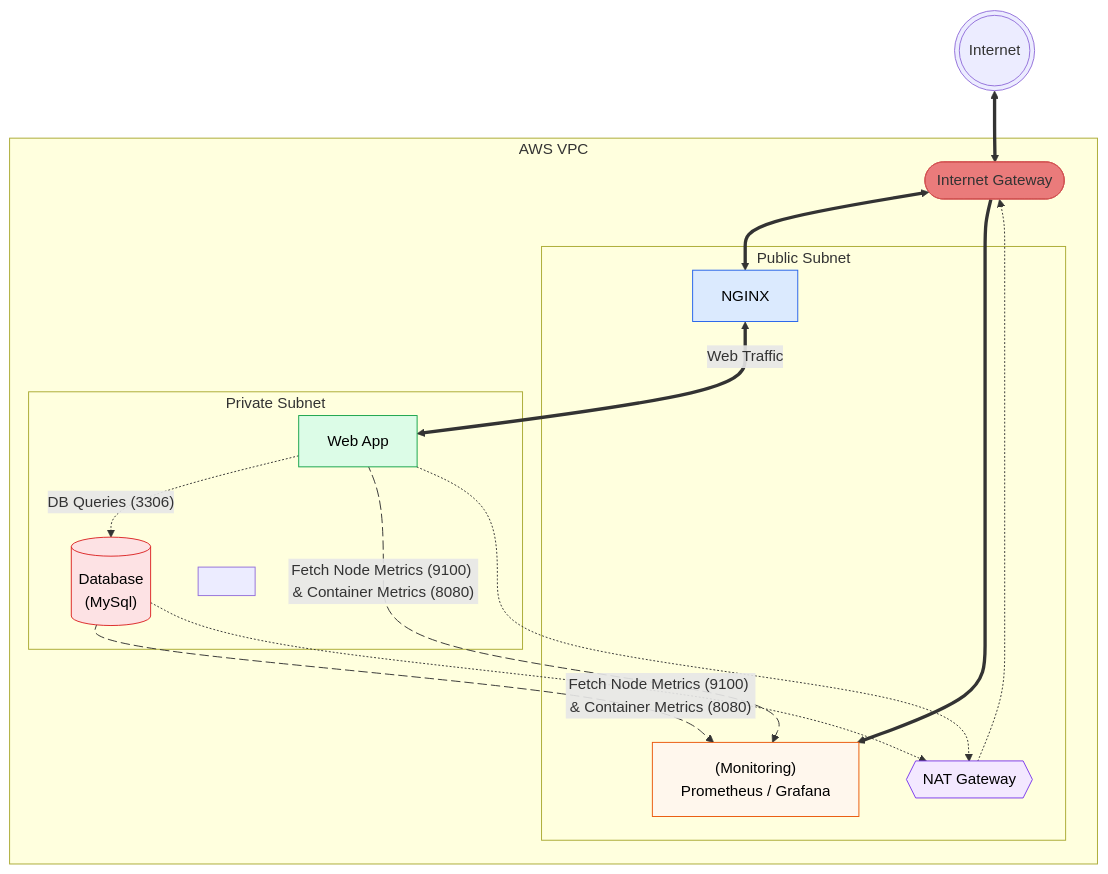
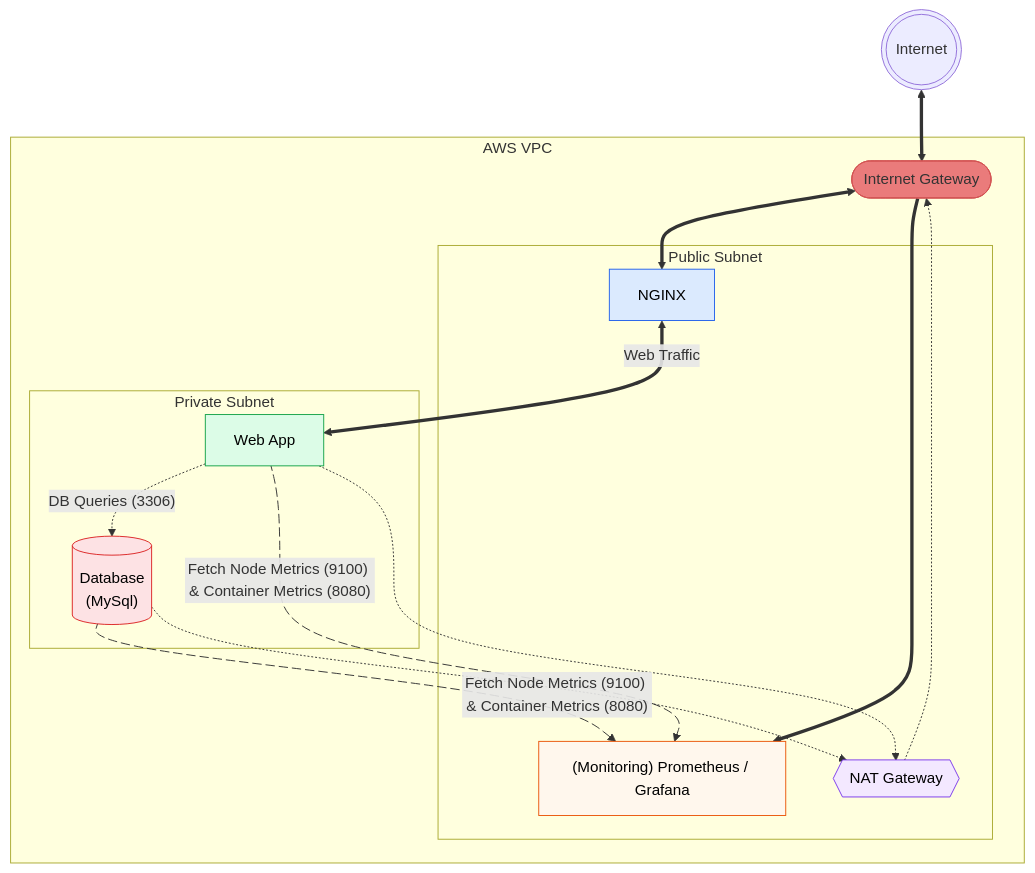
The diagram in README.md (Jazzar101/learning-terraform-3087701), drawn with Mermaid before and after one commit.

Commit message:
removed padding

````diff
--- a/README.md
+++ b/README.md
@@ -6,49 +6,48 @@
 ```mermaid
 flowchart TB
     Internet(((Internet)))
     subgraph VPC[AWS VPC]
         IGW([Internet Gateway])
         subgraph PublicSubnet[Public Subnet]
             NGINX[NGINX]
-            Monitoring["(Monitoring)\nPrometheus / Grafana"]
+            Monitoring["(Monitoring) Prometheus / Grafana"]
             NAT{{NAT Gateway}}
         end
 
         subgraph PrivateSubnet[Private Subnet]
             App[Web App]
             DB[("Database\n(MySql)")]
-            PaddingNode[" "]:::pad
         end
     end
 
     Internet <==> IGW
     IGW <==> NGINX
     NGINX <==>|Web Traffic| App
     App -.->|"DB Queries (3306)"| DB
     IGW ==> Monitoring
 
     App metricsApp@-->|"Fetch Node Metrics (9100) & Container Metrics (8080)"| Monitoring
     DB metricsDB@-->|"Fetch Node Metrics (9100) & Container Metrics (8080)"| Monitoring
 
     App -.-> NAT
     DB -.-> NAT
     NAT -.-> IGW
     
     metricsApp@{ animation: slow }    
     metricsDB@{ animation: slow }
 
     %% Node-only styling (GitHub safe)
     classDef ingress fill:#dbeafe,stroke:#2563eb,color:#000000
     classDef monitoring fill:#fff7ed,stroke:#ea580c,color:#000000
     classDef nat fill:#f3e8ff,stroke:#7c3aed,color:#000000
     classDef app fill:#dcfce7,stroke:#16a34a,color:#000000
     classDef db fill:#fde2e4,stroke:#dc2626,color:#000000
     classDef igw fill:#EA7B7B,stroke:#D25353,color:#00000
 
     class NGINX ingress
     class Monitoring monitoring
     class NAT nat
     class App app
     class DB db
     class IGW igw
 ```
````
